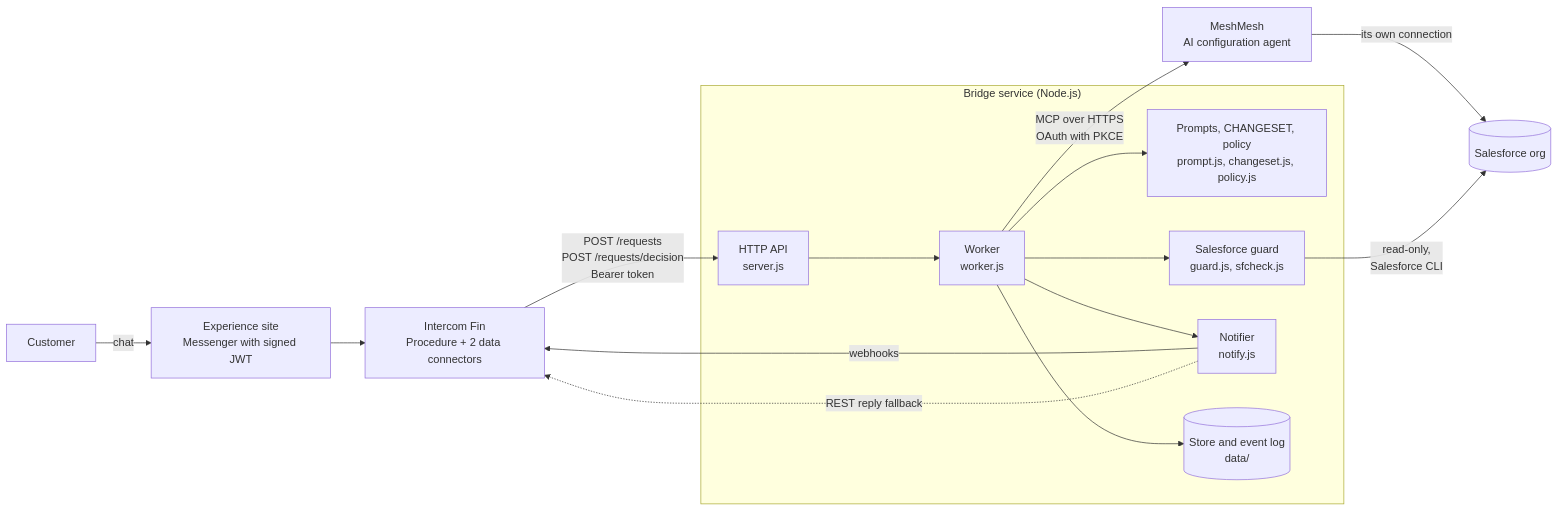
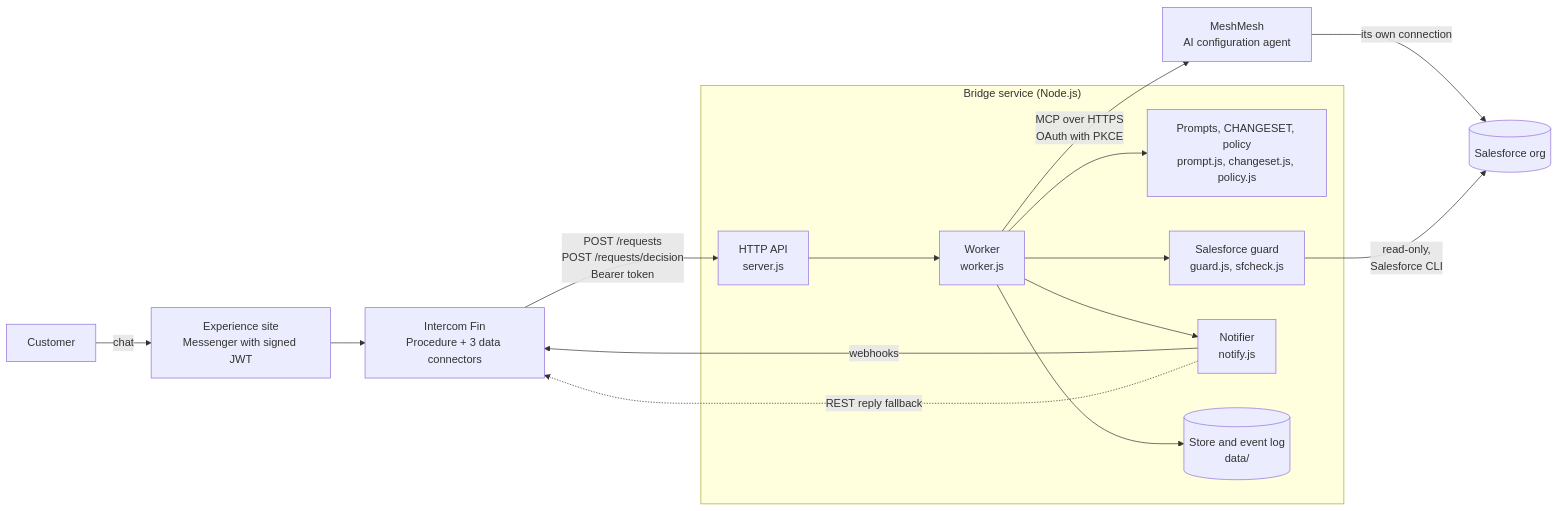
The first of 3 diagrams in docs/Fin-MeshMesh-Technical-Guide.md (dev-ankit08/fin-meshmesh-poc), drawn with Mermaid before and after one commit. The commit also changed other lines of this file, not shown here.

Commit message:
Update technical guide: three connectors, restructured Procedure, repeated revisions, failure wording

````diff
--- a/docs/Fin-MeshMesh-Technical-Guide.md
+++ b/docs/Fin-MeshMesh-Technical-Guide.md
@@ -48,18 +48,18 @@
 ```mermaid
 flowchart LR
   C["Customer"] -->|"chat"| S["Experience site<br/>Messenger with signed JWT"]
-  S --> F["Intercom Fin<br/>Procedure + 2 data connectors"]
+  S --> F["Intercom Fin<br/>Procedure + 3 data connectors"]
   F -->|"POST /requests<br/>POST /requests/decision<br/>Bearer token"| API
   subgraph BR["Bridge service (Node.js)"]
     API["HTTP API<br/>server.js"] --> W["Worker<br/>worker.js"]
     W --> P["Prompts, CHANGESET, policy<br/>prompt.js, changeset.js, policy.js"]
     W --> G["Salesforce guard<br/>guard.js, sfcheck.js"]
     W --> N["Notifier<br/>notify.js"]
     W --> ST[("Store and event log<br/>data/")]
   end
   W -->|"MCP over HTTPS<br/>OAuth with PKCE"| M["MeshMesh<br/>AI configuration agent"]
   M -->|"its own connection"| SF[("Salesforce org")]
   G -->|"read-only,<br/>Salesforce CLI"| SF
   N -->|"webhooks"| F
   N -.->|"REST reply fallback"| F
 ```
````
